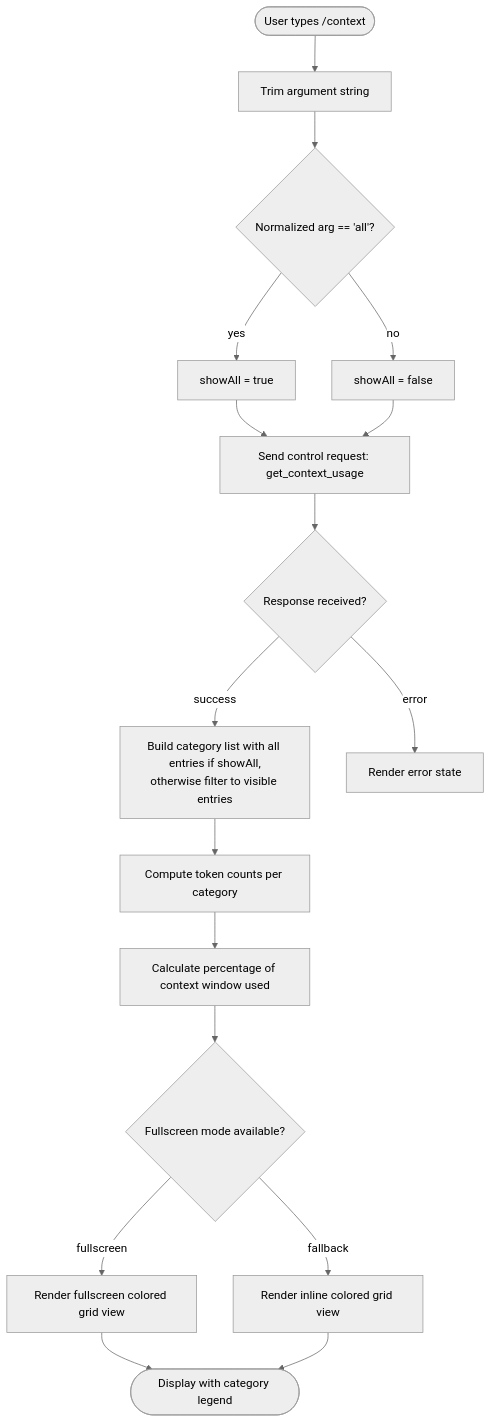
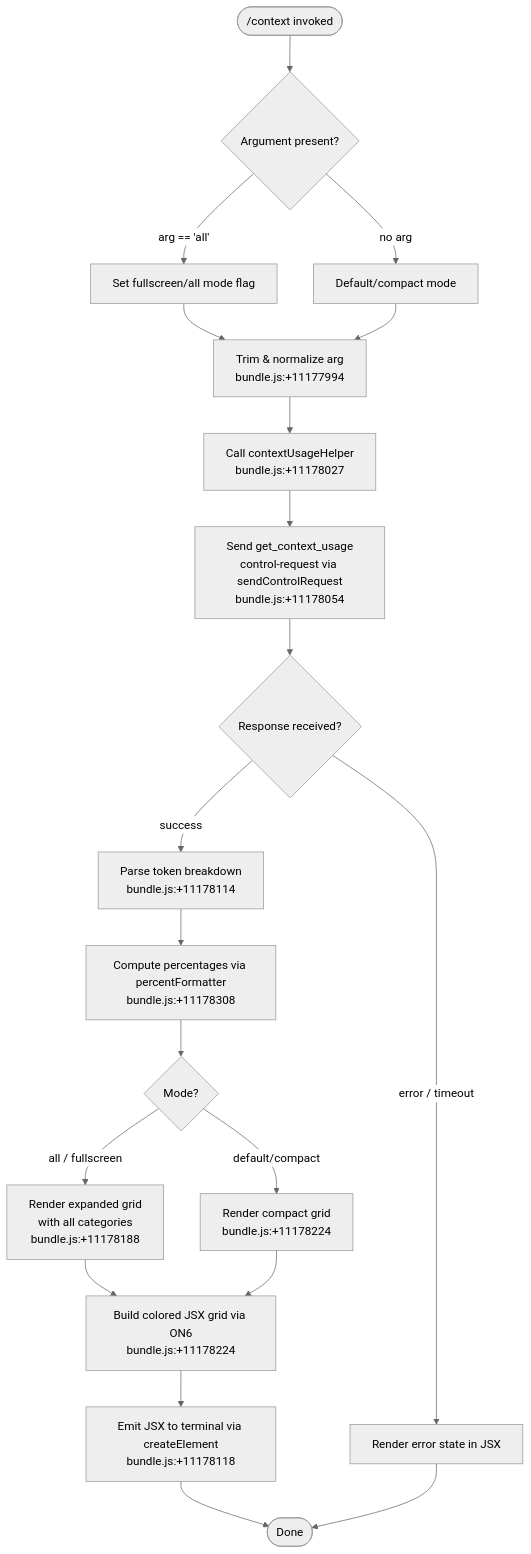
The diagram in versions/v2.1.154/context.md (MyLittleLuckyDog/cc-gnothi), drawn with Mermaid (neutral theme) before and after one commit. The commit also changed other lines of this file and 593 other files, not shown here.

````diff
--- a/versions/v2.1.154/context.md
+++ b/versions/v2.1.154/context.md
@@ -48,19 +56,22 @@
 ```mermaid
 flowchart TD
-    A([User types /context]) --> B[Trim argument string]
-    B --> C{Normalized arg == 'all'?}
-    C -- yes --> D[showAll = true]
-    C -- no --> E[showAll = false]
-    D --> F[Send control request: get_context_usage]
-    E --> F
-    F --> G{Response received?}
-    G -- success --> H[Build category list with all entries if showAll,\notherwise filter to visible entries]
-    G -- error --> I[Render error state]
-    H --> J[Compute token counts per category]
-    J --> K[Calculate percentage of context window used]
-    K --> L{Fullscreen mode available?}
-    L -- fullscreen --> M[Render fullscreen colored grid view]
-    L -- fallback --> N[Render inline colored grid view]
-    M --> O([Display with category legend])
+    A(["/context invoked"]) --> B{Argument present?}
+    B -- "arg == 'all'" --> C[Set fullscreen/all mode flag]
+    B -- "no arg" --> D[Default/compact mode]
+    C --> E[Trim & normalize arg\nbundle.js:+11177994]
+    D --> E
+    E --> F[Call contextUsageHelper\nbundle.js:+11178027]
+    F --> G[Send get_context_usage\ncontrol-request via sendControlRequest\nbundle.js:+11178054]
+    G --> H{Response received?}
+    H -- "error / timeout" --> I[Render error state in JSX]
+    H -- "success" --> J[Parse token breakdown\nbundle.js:+11178114]
+    J --> K[Compute percentages via percentFormatter\nbundle.js:+11178308]
+    K --> L{Mode?}
+    L -- "all / fullscreen" --> M[Render expanded grid\nwith all categories\nbundle.js:+11178188]
+    L -- "default/compact" --> N[Render compact grid\nbundle.js:+11178224]
+    M --> O[Build colored JSX grid via ON6\nbundle.js:+11178224]
     N --> O
+    O --> P[Emit JSX to terminal via createElement\nbundle.js:+11178118]
+    P --> Q([Done])
+    I --> Q
 ```
````
